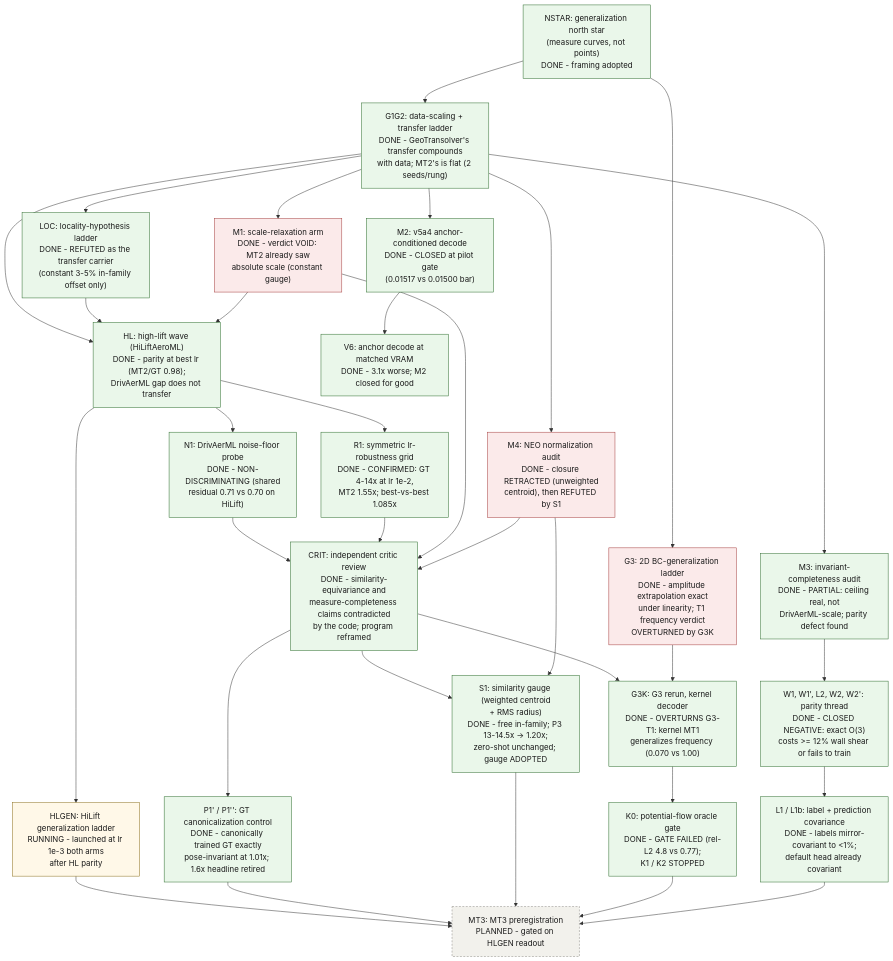
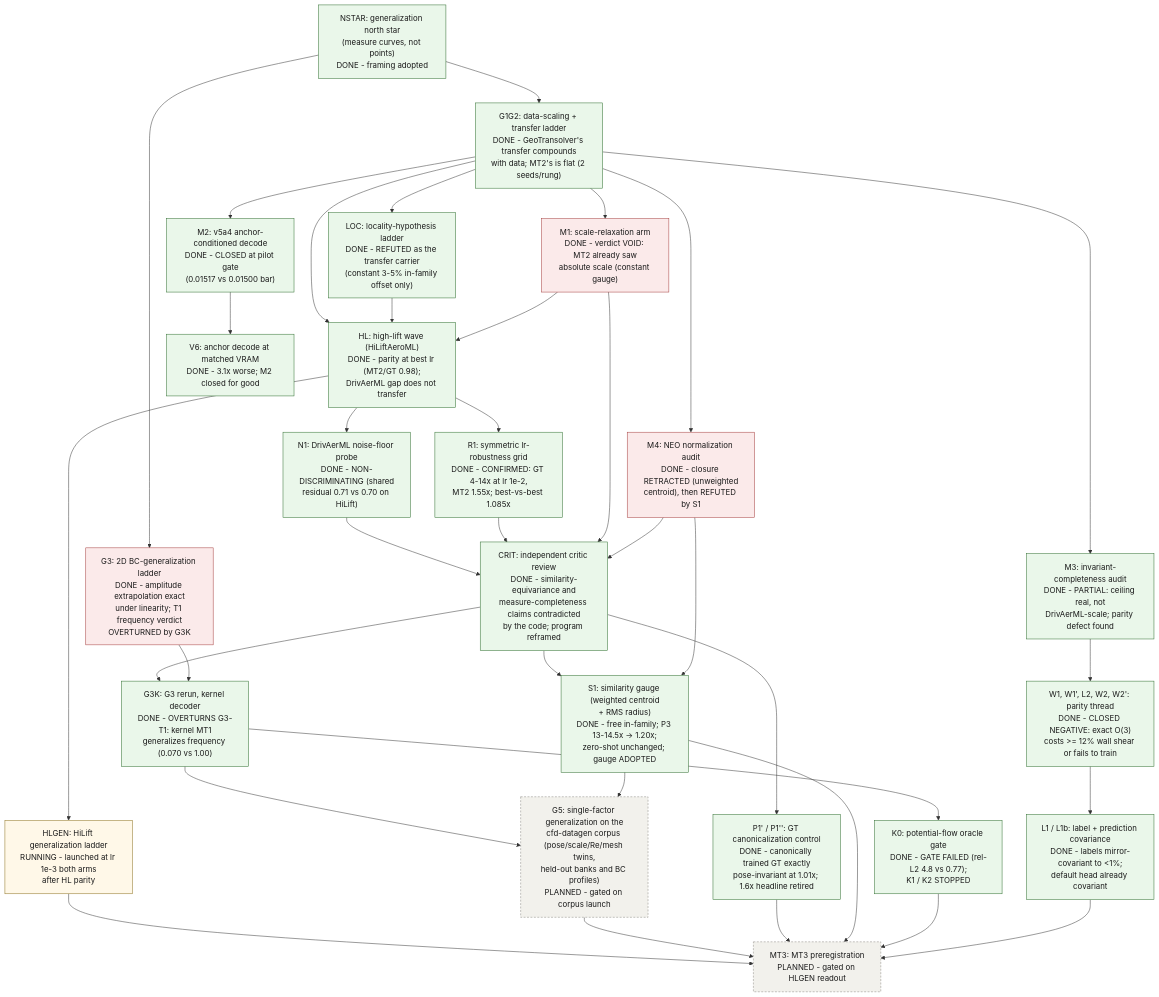
The diagram in examples/cfd/mesh_transformer/book/index.qmd (peterdsharpe/physicsnemo), drawn with Mermaid before and after one commit. The commit also changed other lines of this file and 3 other files, not shown here.

Commit message:
G5 preregistration draft (PRE-DATA) and cfd-datagen dataset feedback imported from fork; notebook entry; tech tree node G5 gated on corpus launch

````diff
--- a/examples/cfd/mesh_transformer/book/index.qmd
+++ b/examples/cfd/mesh_transformer/book/index.qmd
@@ -496,68 +496,72 @@
 ```{mermaid}
 %%| fig-cap: >
 %%|   The generalization-campaign tech tree as of 2026-09-03. Green: done,
 %%|   with the verdict in the node. Amber: running. Gray dashed: planned,
 %%|   gated on an upstream readout. Red: a verdict that was later
 %%|   retracted, voided, or overturned; the node that did so is its
 %%|   downstream neighbour. Every node has a ledger row below with its
 %%|   acceptance criterion and notebook evidence link.
 flowchart TB
     classDef done fill:#eaf7ea,stroke:#2a6a2a,color:#1a1a1a
     classDef running fill:#fff8e8,stroke:#8a6d1a,color:#1a1a1a
     classDef planned fill:#f2f1ec,stroke:#898781,color:#1a1a1a,stroke-dasharray:4 3
     classDef retracted fill:#fbeaea,stroke:#a33a3a,color:#1a1a1a
 
     NSTAR["NSTAR: generalization north star<br/>(measure curves, not points)<br/>DONE - framing adopted"]:::done
     G1G2["G1G2: data-scaling + transfer ladder<br/>DONE - GeoTransolver's transfer compounds<br/>with data; MT2's is flat (2 seeds/rung)"]:::done
     LOC["LOC: locality-hypothesis ladder<br/>DONE - REFUTED as the transfer carrier<br/>(constant 3-5% in-family offset only)"]:::done
     M1["M1: scale-relaxation arm<br/>DONE - verdict VOID: MT2 already saw<br/>absolute scale (constant gauge)"]:::retracted
     M2["M2: v5a4 anchor-conditioned decode<br/>DONE - CLOSED at pilot gate<br/>(0.01517 vs 0.01500 bar)"]:::done
     M3["M3: invariant-completeness audit<br/>DONE - PARTIAL: ceiling real, not<br/>DrivAerML-scale; parity defect found"]:::done
     M4["M4: NEO normalization audit<br/>DONE - closure RETRACTED (unweighted<br/>centroid), then REFUTED by S1"]:::retracted
     G3["G3: 2D BC-generalization ladder<br/>DONE - amplitude extrapolation exact<br/>under linearity; T1 frequency verdict<br/>OVERTURNED by G3K"]:::retracted
     HL["HL: high-lift wave (HiLiftAeroML)<br/>DONE - parity at best lr (MT2/GT 0.98);<br/>DrivAerML gap does not transfer"]:::done
     N1["N1: DrivAerML noise-floor probe<br/>DONE - NON-DISCRIMINATING (shared<br/>residual 0.71 vs 0.70 on HiLift)"]:::done
     R1["R1: symmetric lr-robustness grid<br/>DONE - CONFIRMED: GT 4-14x at lr 1e-2,<br/>MT2 1.55x; best-vs-best 1.085x"]:::done
     V6["V6: anchor decode at matched VRAM<br/>DONE - 3.1x worse; M2 closed for good"]:::done
     PAR["W1, W1', L2, W2, W2': parity thread<br/>DONE - CLOSED NEGATIVE: exact O(3)<br/>costs >= 12% wall shear or fails to train"]:::done
     L1["L1 / L1b: label + prediction covariance<br/>DONE - labels mirror-covariant to <1%;<br/>default head already covariant"]:::done
     CRIT["CRIT: independent critic review<br/>DONE - similarity-equivariance and<br/>measure-completeness claims contradicted<br/>by the code; program reframed"]:::done
     G3K["G3K: G3 rerun, kernel decoder<br/>DONE - OVERTURNS G3-T1: kernel MT1<br/>generalizes frequency (0.070 vs 1.00)"]:::done
     K0["K0: potential-flow oracle gate<br/>DONE - GATE FAILED (rel-L2 4.8 vs 0.77);<br/>K1 / K2 STOPPED"]:::done
     P1C["P1' / P1'': GT canonicalization control<br/>DONE - canonically trained GT exactly<br/>pose-invariant at 1.01x; 1.6x headline retired"]:::done
     S1["S1: similarity gauge (weighted centroid<br/>+ RMS radius)<br/>DONE - free in-family; P3 13-14.5x -> 1.20x;<br/>zero-shot unchanged; gauge ADOPTED"]:::done
     HLGEN["HLGEN: HiLift generalization ladder<br/>RUNNING - launched at lr 1e-3 both arms<br/>after HL parity"]:::running
     MT3["MT3: MT3 preregistration<br/>PLANNED - gated on HLGEN readout"]:::planned
+    G5["G5: single-factor generalization on the<br/>cfd-datagen corpus (pose/scale/Re/mesh twins,<br/>held-out banks and BC profiles)<br/>PLANNED - gated on corpus launch"]:::planned
 
     NSTAR --> G1G2
     NSTAR --> G3
     G1G2 --> LOC
     G1G2 --> M1
     G1G2 --> M2
     G1G2 --> M3
     G1G2 --> M4
     G1G2 --> HL
     LOC --> HL
     M1 --> HL
     HL --> N1
     HL --> R1
     M2 --> V6
     M3 --> PAR
     PAR --> L1
     N1 --> CRIT
     R1 --> CRIT
     M1 --> CRIT
     M4 --> CRIT
     CRIT --> G3K
     G3 --> G3K
     G3K --> K0
     CRIT --> P1C
     CRIT --> S1
     M4 --> S1
     HL --> HLGEN
     HLGEN --> MT3
+    G3K --> G5
+    S1 --> G5
+    G5 --> MT3
     P1C --> MT3
     S1 --> MT3
     K0 --> MT3
     L1 --> MT3
 ```
````
